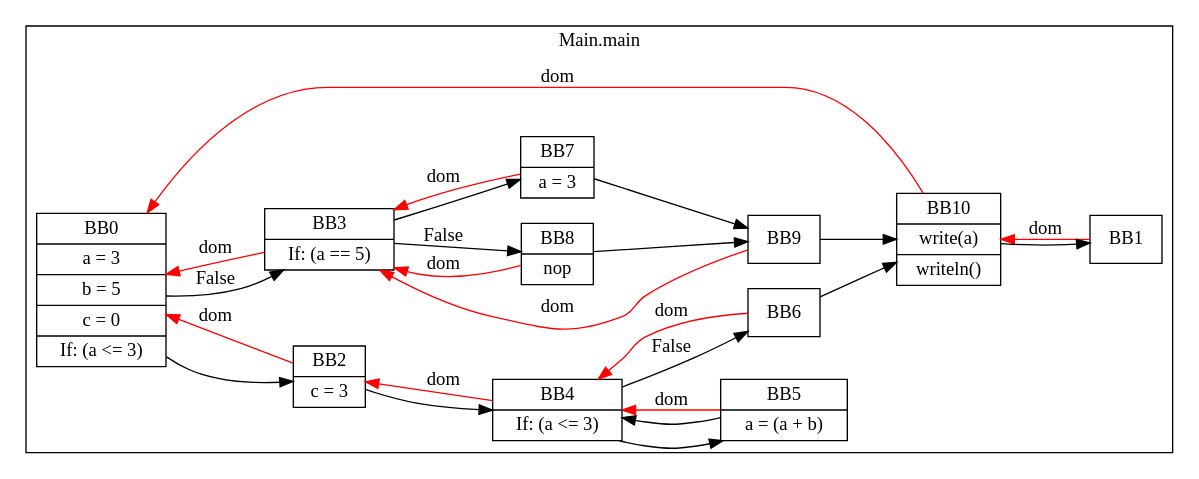
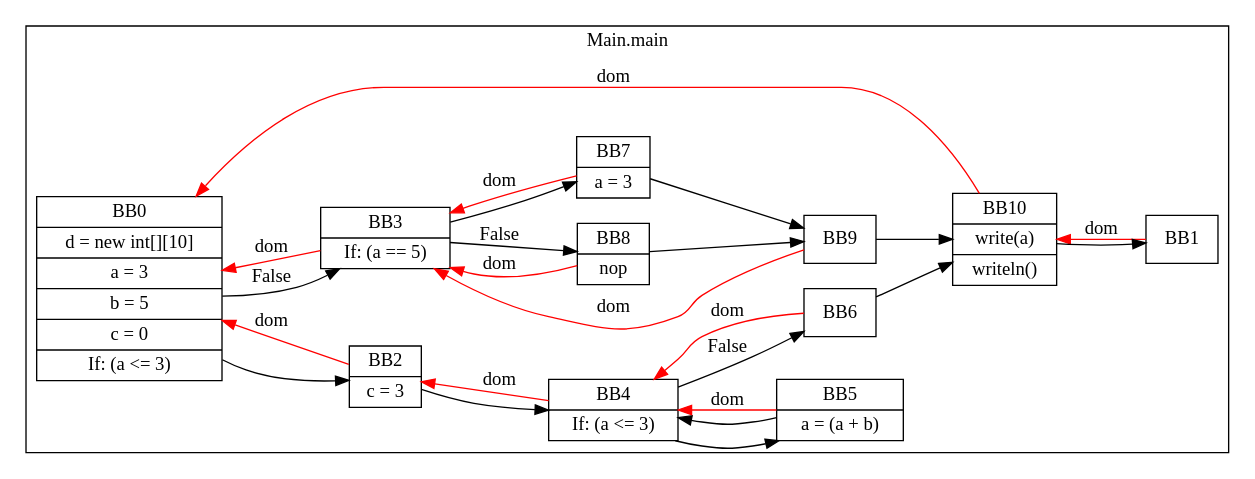
The diagram in CD2_A1/while.java.dom.dot (andreiparvu/ACD), drawn with Graphviz before and after one commit. The commit also changed 68 other files, not shown here.

```diff
--- a/CD2_A1/while.java.dom.dot
+++ b/CD2_A1/while.java.dom.dot
@@ -1,73 +1,73 @@
 digraph G {
   graph [ rankdir = "LR" ];
   subgraph cluster_0 {
     label = "Main.main"
     M0_BB0 [
       shape="record"
-      label="BB0|a = 3|b = 5|c = 0|If: (a \<= 3)"
+      label="BB0|d = new int[][10]|a = 3|b = 5|c = 0|If: (a \<= 3)"
     ];
     M0_BB0 -> M0_BB2;
     M0_BB0 -> M0_BB3 [label="False"];
     M0_BB1 [
       shape="record"
       label="BB1"
     ];
     M0_BB1 -> M0_BB10 [color="red" label="dom"];
     M0_BB2 [
       shape="record"
       label="BB2|c = 3"
     ];
     M0_BB2 -> M0_BB4;
     M0_BB2 -> M0_BB0 [color="red" label="dom"];
     M0_BB3 [
       shape="record"
       label="BB3|If: (a == 5)"
     ];
     M0_BB3 -> M0_BB7;
     M0_BB3 -> M0_BB8 [label="False"];
     M0_BB3 -> M0_BB0 [color="red" label="dom"];
     M0_BB4 [
       shape="record"
       label="BB4|If: (a \<= 3)"
     ];
     M0_BB4 -> M0_BB5;
     M0_BB4 -> M0_BB6 [label="False"];
     M0_BB4 -> M0_BB2 [color="red" label="dom"];
     M0_BB5 [
       shape="record"
       label="BB5|a = (a + b)"
     ];
     M0_BB5 -> M0_BB4;
     M0_BB5 -> M0_BB4 [color="red" label="dom"];
     M0_BB6 [
       shape="record"
       label="BB6"
     ];
     M0_BB6 -> M0_BB10;
     M0_BB6 -> M0_BB4 [color="red" label="dom"];
     M0_BB7 [
       shape="record"
       label="BB7|a = 3"
     ];
     M0_BB7 -> M0_BB9;
     M0_BB7 -> M0_BB3 [color="red" label="dom"];
     M0_BB8 [
       shape="record"
       label="BB8|nop"
     ];
     M0_BB8 -> M0_BB9;
     M0_BB8 -> M0_BB3 [color="red" label="dom"];
     M0_BB9 [
       shape="record"
       label="BB9"
     ];
     M0_BB9 -> M0_BB10;
     M0_BB9 -> M0_BB3 [color="red" label="dom"];
     M0_BB10 [
       shape="record"
       label="BB10|write(a)|writeln()"
     ];
     M0_BB10 -> M0_BB1;
     M0_BB10 -> M0_BB0 [color="red" label="dom"];
   }
 }
```
